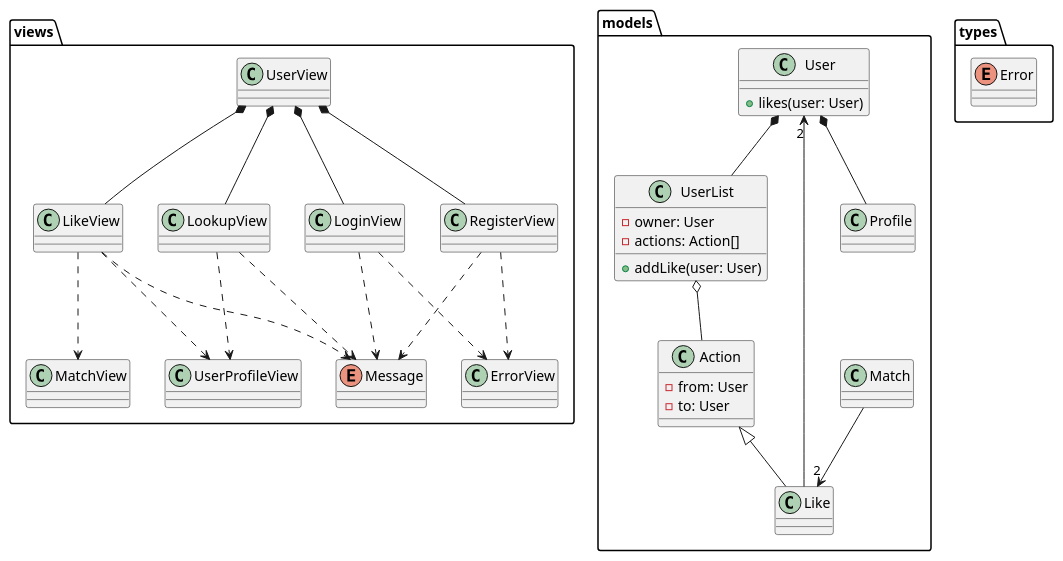
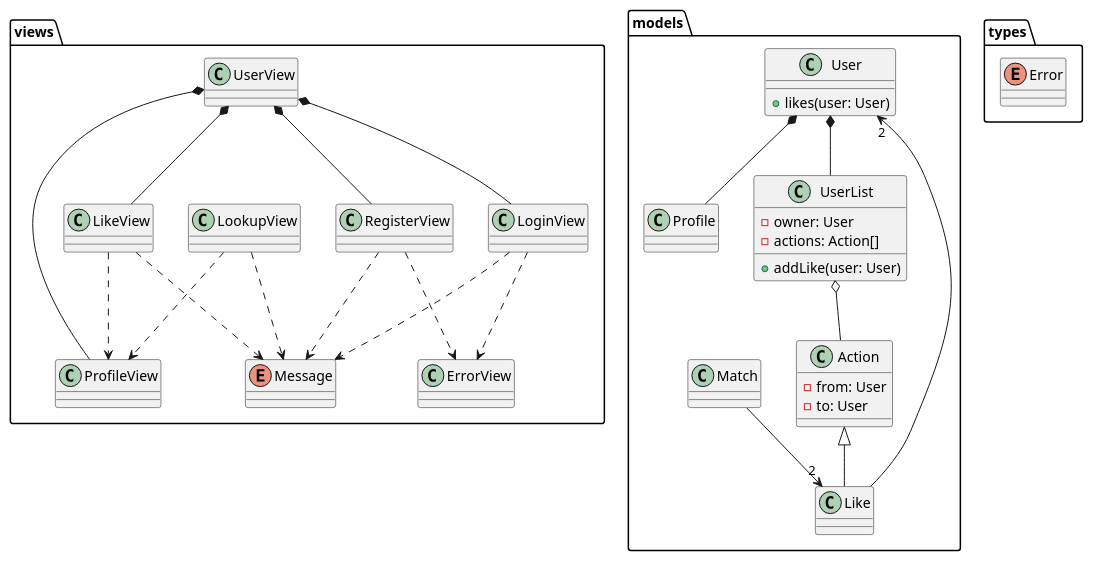
One commit to colasin16/pop-up-plan-service changed the diagram in docs/user.puml. Above: the diagram before and after it, drawn with PlantUML. The commit also changed 8 other files, not shown here.

Commit message:
chore: improved and added new diagrams

```diff
--- a/docs/user.puml
+++ b/docs/user.puml
@@ -1,92 +1,86 @@
 @startuml
 
 namespace views {
   class UserView {}
   class RegisterView {}
   class LoginView {}
-  class LookupView {}
-  class LikeView {}
-  class MatchView {}
-  ' class DismissView {}
+  class ProfileView {}
   class ErrorView {}
-  class UserProfileView {}
 
   enum Message {}
 
-  UserView *-- LookupView
+  UserView *-- ProfileView
   UserView *-- LikeView
-  ' UserView *-- DismissView
   UserView *-- RegisterView
   UserView *-- LoginView
 
   RegisterView ..> ErrorView
   RegisterView ..> Message
 
   LoginView ..> Message
   LoginView ..> ErrorView
 
-  LookupView ..> UserProfileView
+  LookupView ..> ProfileView
   LookupView ..> Message
 
-  LikeView ..> UserProfileView
-  LikeView ..> MatchView
+  LikeView ..> ProfileView
   LikeView ..> Message
 
 }
 
 ' namespace controllers {
 '   abstract Controller
 '   class RegisterController {}
 '   class LoginController {}
 '   class LookupController {}
 '   class LikeController {}
 '   class MatchController {}
 
 '   RegisterController -up-|> Controller
 '   LoginController -up-|> Controller
 '   LookupController -up-|> Controller
 '   LikeController -up-|> Controller
 '   LikeController *-- MatchController
 ' }
 
 namespace models {
   class User {
     + likes(user: User)
   }
   class Profile {}
   class UserList {
     - owner: User
     - actions: Action[]
     + addLike(user: User)
   }
   class Action {
     - from: User
     - to: User
   }
   class Like extends Action {
 
   }
   ' class Dismiss {}
   class Match {}
 
   User *-- Profile
   User *-- UserList
   UserList o-- Action
 
   Like --> "2" User
   Match --> "2" Like
 
   ' User *-- Profile
   ' ActionList *-- User
   ' ActionList o-- "N" Action
   ' Like -up-|> Action
   ' Match o-- "2" User
   ' Match --> "2" Like
 
 
 }
 
 namespace types {
   enum Error {}
 }
 @enduml
```
